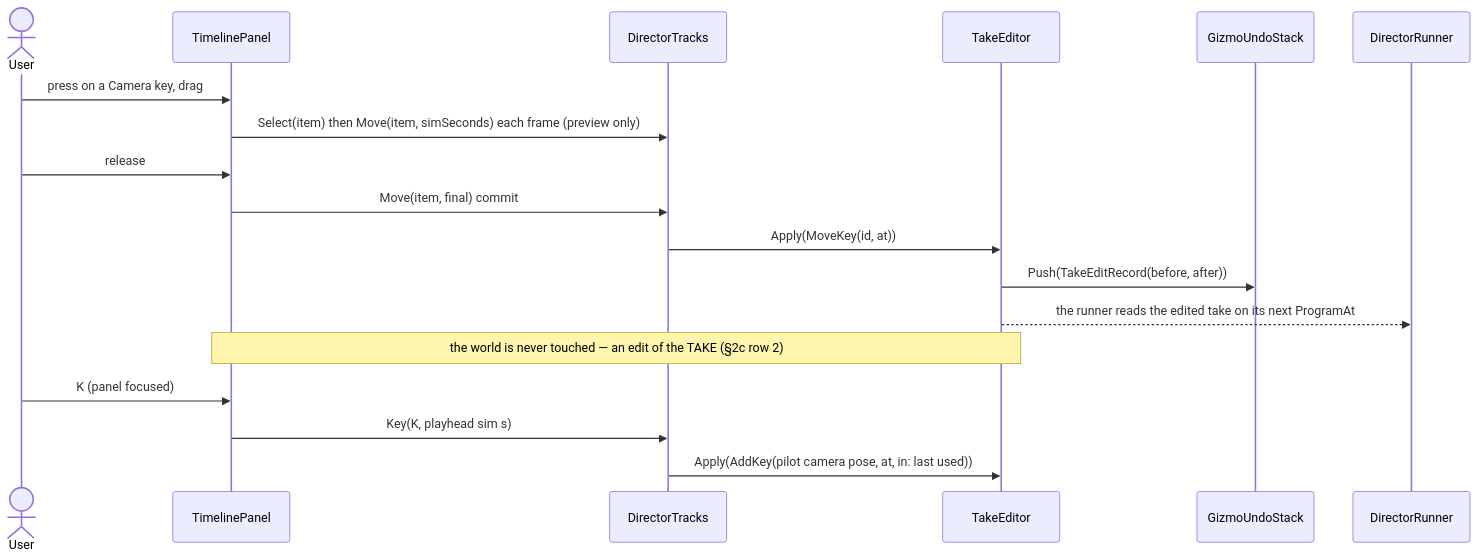
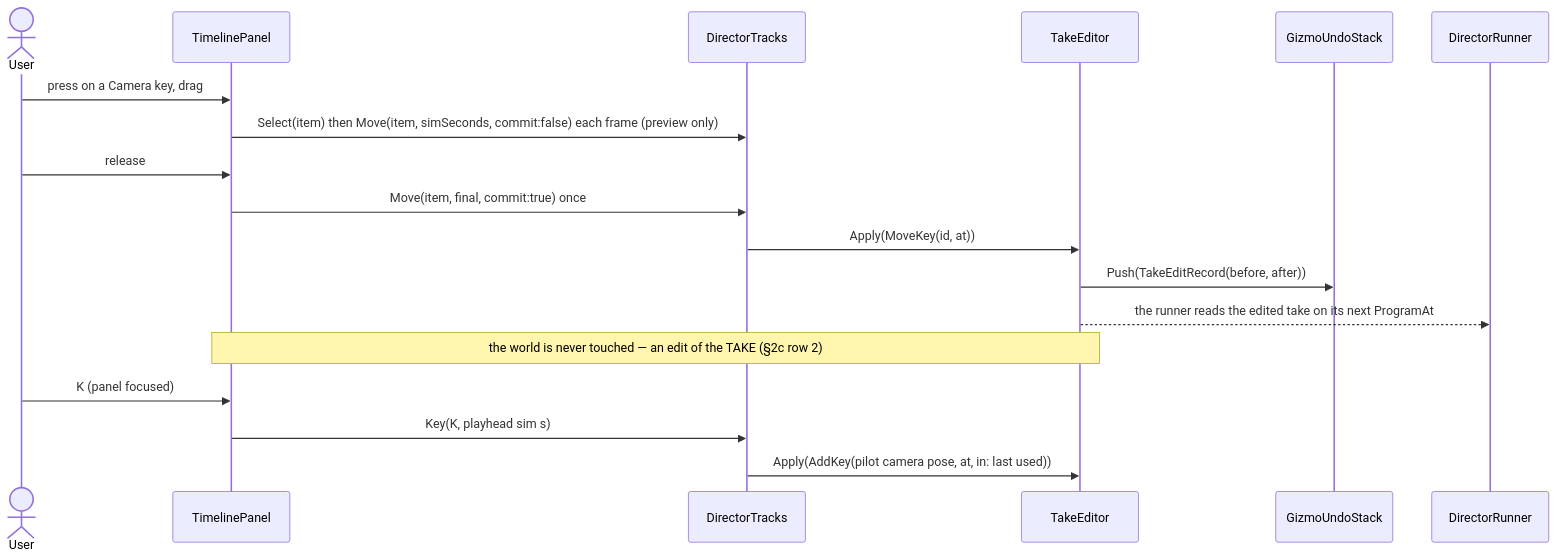
Diagram 21 of 21 in docs/DESIGN_Director_Timeline_Editor.md (pjanec/HROT), drawn with Mermaid before and after one commit. The commit also changed other lines of this file and 5 other files, not shown here.

Commit message:
CE-1364 T2: the track seam - ITimelineTrack, TrackLayout, TrackGesture; the panel draws, selects and drags tracks above the lanes

````diff
--- a/docs/DESIGN_Director_Timeline_Editor.md
+++ b/docs/DESIGN_Director_Timeline_Editor.md
@@ -1086,20 +1091,20 @@
 ```mermaid
 sequenceDiagram
   actor U as User
   participant P as TimelinePanel
   participant D as DirectorTracks
   participant E as TakeEditor
   participant S as GizmoUndoStack
   participant R as DirectorRunner
   U->>P: press on a Camera key, drag
-  P->>D: Select(item) then Move(item, simSeconds) each frame (preview only)
+  P->>D: Select(item) then Move(item, simSeconds, commit:false) each frame (preview only)
   U->>P: release
-  P->>D: Move(item, final) commit
+  P->>D: Move(item, final, commit:true) once
   D->>E: Apply(MoveKey(id, at))
   E->>S: Push(TakeEditRecord(before, after))
   E-->>R: the runner reads the edited take on its next ProgramAt
   Note over P,E: the world is never touched — an edit of the TAKE (§2c row 2)
   U->>P: K (panel focused)
   P->>D: Key(K, playhead sim s)
   D->>E: Apply(AddKey(pilot camera pose, at, in: last used))
 ```
````
